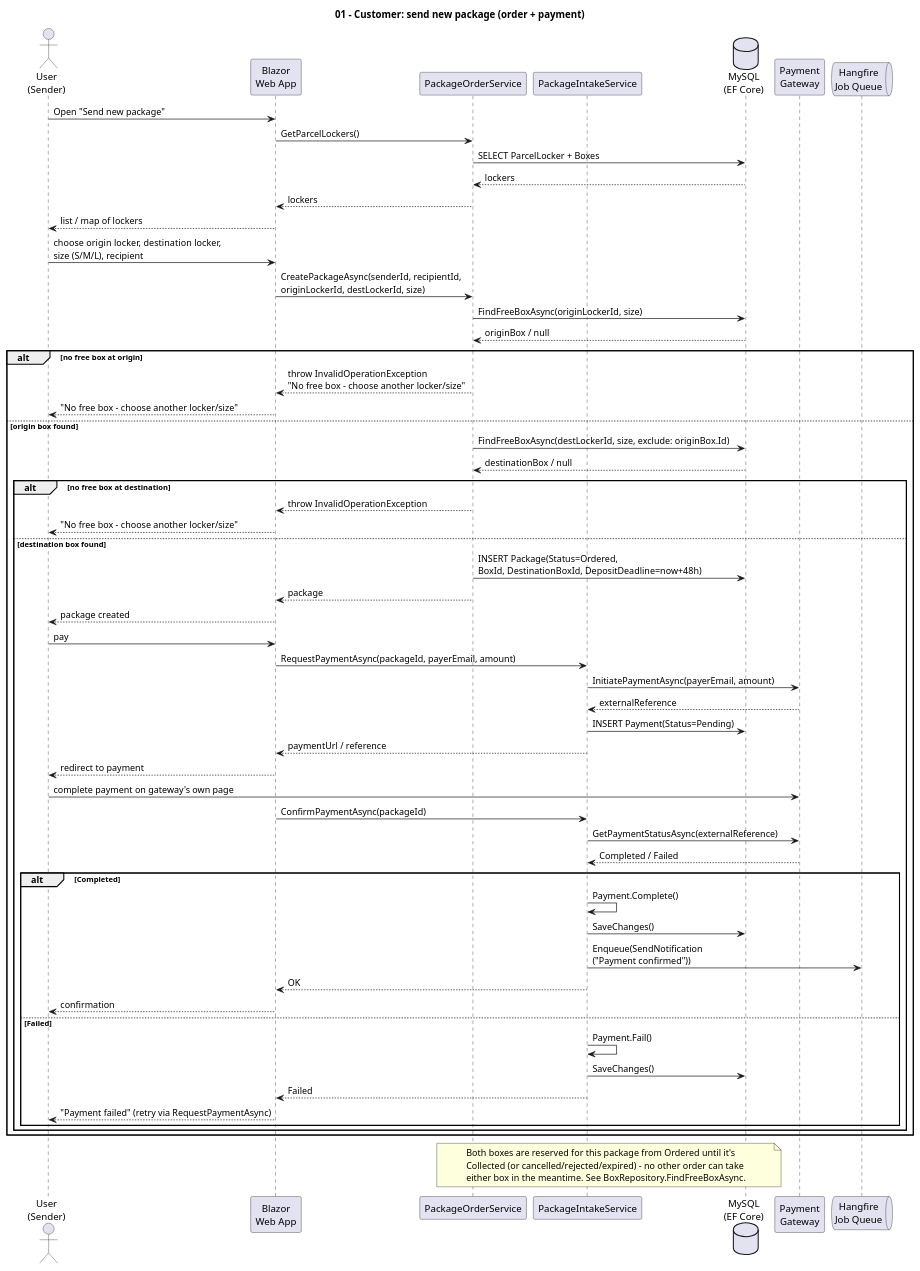
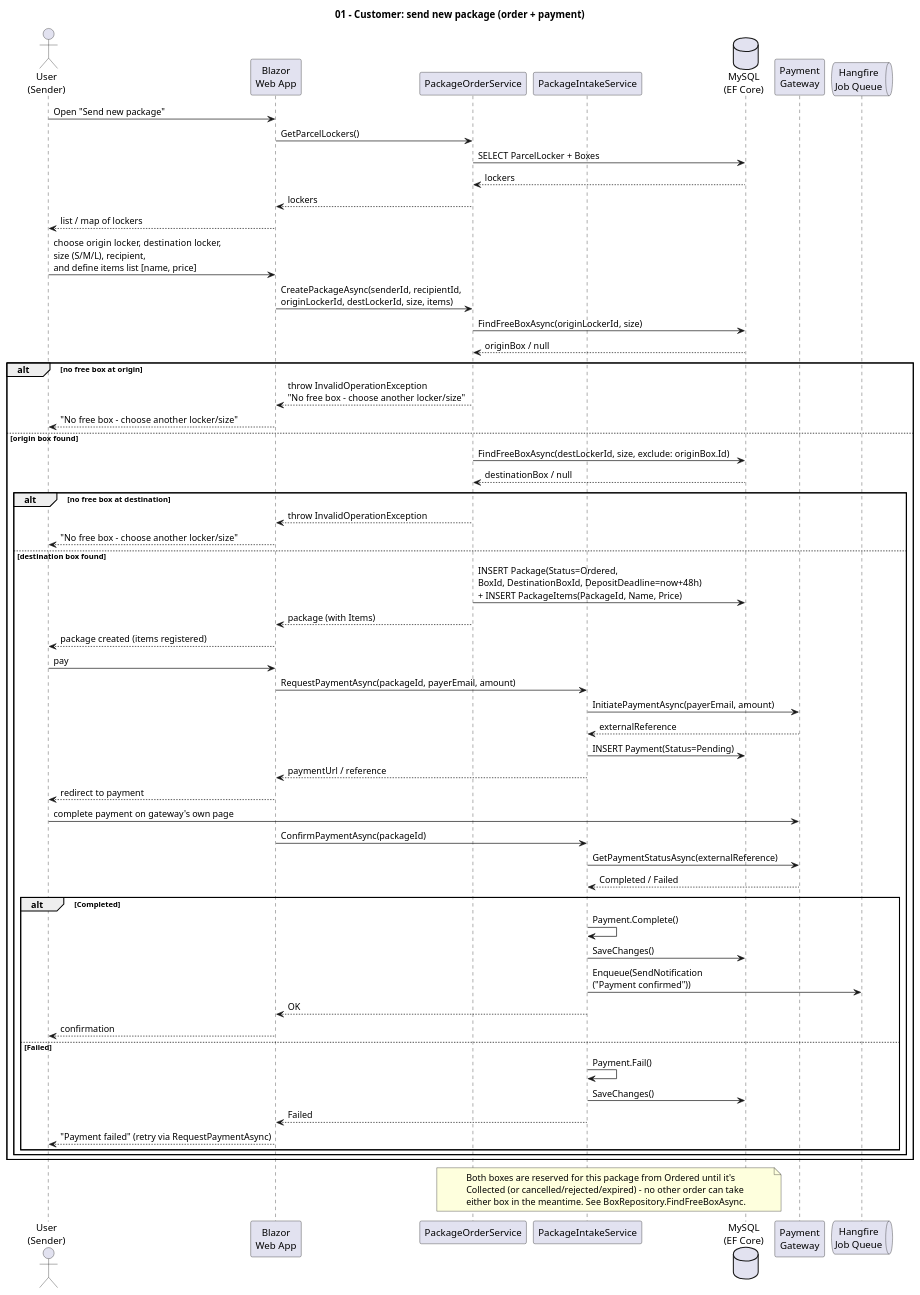
Before and after one commit to AGH-ISI-projects/package-management: the first of 6 diagrams in krzycha/docs/sequence-diagrams.puml, drawn with PlantUML. The commit also changed other lines of this file and 3 other files, not shown here.

Commit message:
Update PlantUML sequence and class diagrams for package items and returns; recompile PDF

```diff
--- a/krzycha/docs/sequence-diagrams.puml
+++ b/krzycha/docs/sequence-diagrams.puml
@@ -5,74 +5,74 @@
 @startuml 01-order-and-payment
 title 01 - Customer: send new package (order + payment)
 
 actor "User\n(Sender)" as Sender
 participant "Blazor\nWeb App" as Web
 participant "PackageOrderService" as OrderSvc
 participant "PackageIntakeService" as IntakeSvc
 database "MySQL\n(EF Core)" as DB
 participant "Payment\nGateway" as Gateway
 queue "Hangfire\nJob Queue" as Hangfire
 
 Sender -> Web: Open "Send new package"
 Web -> OrderSvc: GetParcelLockers()
 OrderSvc -> DB: SELECT ParcelLocker + Boxes
 DB --> OrderSvc: lockers
 OrderSvc --> Web: lockers
 Web --> Sender: list / map of lockers
 
-Sender -> Web: choose origin locker, destination locker,\nsize (S/M/L), recipient
+Sender -> Web: choose origin locker, destination locker,\nsize (S/M/L), recipient,\nand define items list [name, price]
 
-Web -> OrderSvc: CreatePackageAsync(senderId, recipientId,\noriginLockerId, destLockerId, size)
+Web -> OrderSvc: CreatePackageAsync(senderId, recipientId,\noriginLockerId, destLockerId, size, items)
 OrderSvc -> DB: FindFreeBoxAsync(originLockerId, size)
 DB --> OrderSvc: originBox / null
 
 alt no free box at origin
     OrderSvc --> Web: throw InvalidOperationException\n"No free box - choose another locker/size"
     Web --> Sender: "No free box - choose another locker/size"
 else origin box found
     OrderSvc -> DB: FindFreeBoxAsync(destLockerId, size, exclude: originBox.Id)
     DB --> OrderSvc: destinationBox / null
 
     alt no free box at destination
         OrderSvc --> Web: throw InvalidOperationException
         Web --> Sender: "No free box - choose another locker/size"
     else destination box found
-        OrderSvc -> DB: INSERT Package(Status=Ordered,\nBoxId, DestinationBoxId, DepositDeadline=now+48h)
-        OrderSvc --> Web: package
-        Web --> Sender: package created
+        OrderSvc -> DB: INSERT Package(Status=Ordered,\nBoxId, DestinationBoxId, DepositDeadline=now+48h)\n+ INSERT PackageItems(PackageId, Name, Price)
+        OrderSvc --> Web: package (with Items)
+        Web --> Sender: package created (items registered)
 
         Sender -> Web: pay
         Web -> IntakeSvc: RequestPaymentAsync(packageId, payerEmail, amount)
         IntakeSvc -> Gateway: InitiatePaymentAsync(payerEmail, amount)
         Gateway --> IntakeSvc: externalReference
         IntakeSvc -> DB: INSERT Payment(Status=Pending)
         IntakeSvc --> Web: paymentUrl / reference
         Web --> Sender: redirect to payment
 
         Sender -> Gateway: complete payment on gateway's own page
         Web -> IntakeSvc: ConfirmPaymentAsync(packageId)
         IntakeSvc -> Gateway: GetPaymentStatusAsync(externalReference)
         Gateway --> IntakeSvc: Completed / Failed
 
         alt Completed
             IntakeSvc -> IntakeSvc: Payment.Complete()
             IntakeSvc -> DB: SaveChanges()
             IntakeSvc -> Hangfire: Enqueue(SendNotification\n("Payment confirmed"))
             IntakeSvc --> Web: OK
             Web --> Sender: confirmation
         else Failed
             IntakeSvc -> IntakeSvc: Payment.Fail()
             IntakeSvc -> DB: SaveChanges()
             IntakeSvc --> Web: Failed
             Web --> Sender: "Payment failed" (retry via RequestPaymentAsync)
         end
     end
 end
 
 note over OrderSvc, DB
   Both boxes are reserved for this package from Ordered until it's
   Collected (or cancelled/rejected/expired) - no other order can take
   either box in the meantime. See BoxRepository.FindFreeBoxAsync.
 end note
 
 @enduml
```
